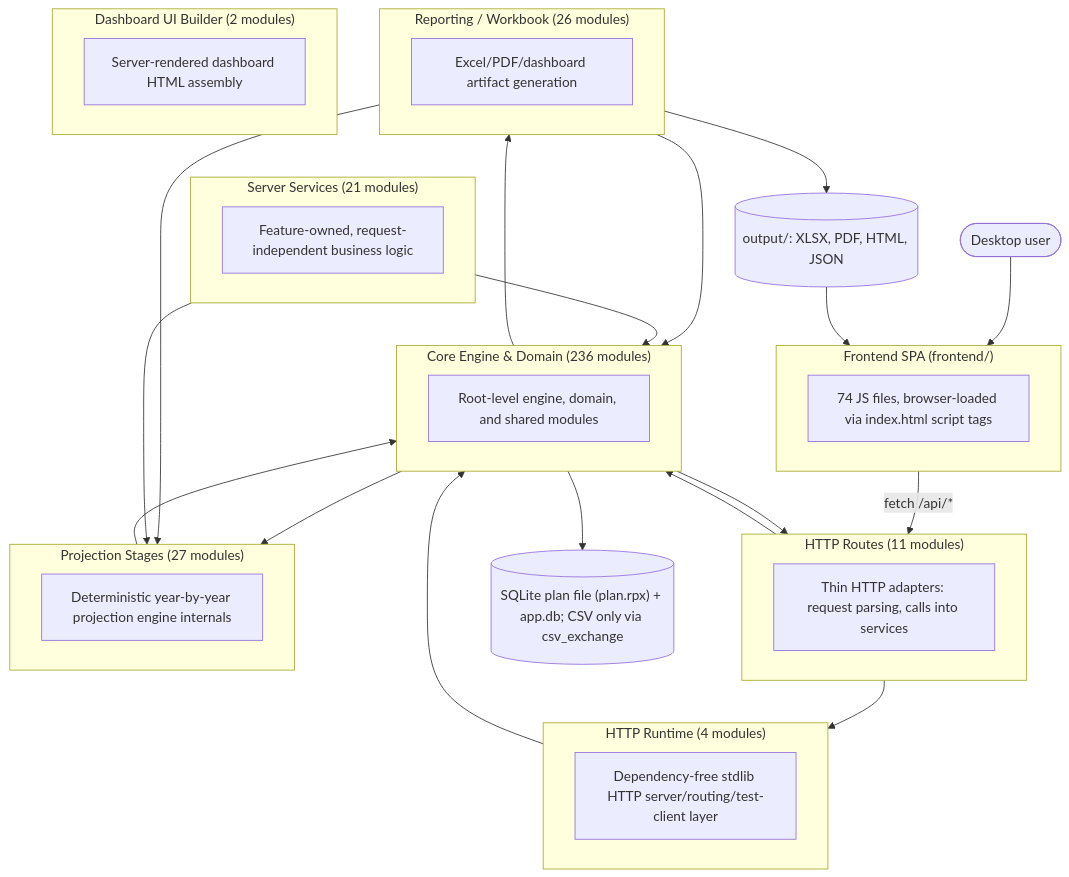
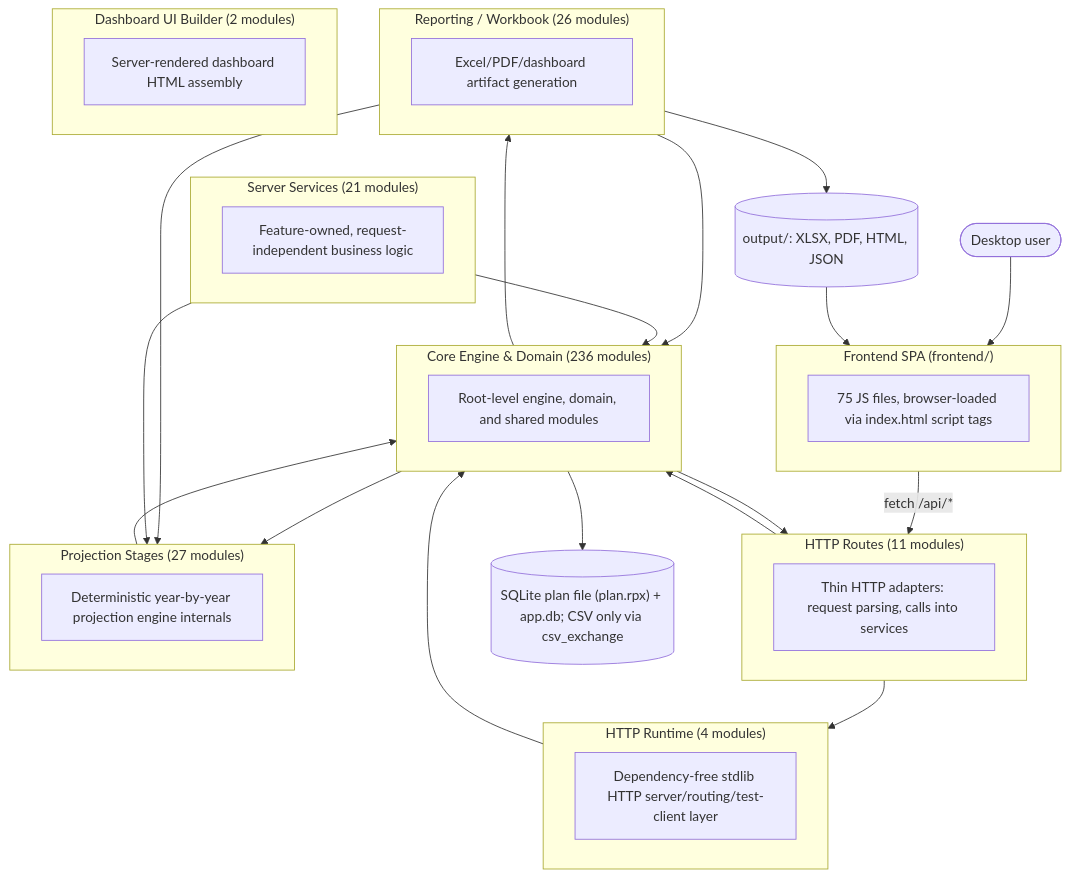
Before and after one commit to matthartzman/retirement_system: the first of 2 diagrams in documentation/reference/SYSTEM_ARCHITECTURE_DIAGRAM.md, drawn with Mermaid. The commit also changed other lines of this file and 6 other files, not shown here.

````diff
--- a/documentation/reference/SYSTEM_ARCHITECTURE_DIAGRAM.md
+++ b/documentation/reference/SYSTEM_ARCHITECTURE_DIAGRAM.md
@@ -11,43 +11,43 @@
 ```mermaid
 flowchart TB
     User(["Desktop user"]) --> FE
     subgraph FE["Frontend SPA (frontend/)"]
-        FEcount["74 JS files, browser-loaded via index.html script tags"]
+        FEcount["75 JS files, browser-loaded via index.html script tags"]
     end
     FE -->|fetch /api/*| L_HTTP_Routes
     subgraph L_HTTP_Routes["HTTP Routes (11 modules)"]
         L_HTTP_Routes_d["Thin HTTP adapters: request parsing, calls into services"]
     end
     subgraph L_Server_Services["Server Services (21 modules)"]
         L_Server_Services_d["Feature-owned, request-independent business logic"]
     end
     subgraph L_HTTP_Runtime["HTTP Runtime (4 modules)"]
         L_HTTP_Runtime_d["Dependency-free stdlib HTTP server/routing/test-client layer"]
     end
     subgraph L_Core_Engine___Domain["Core Engine & Domain (236 modules)"]
         L_Core_Engine___Domain_d["Root-level engine, domain, and shared modules"]
     end
     subgraph L_Projection_Stages["Projection Stages (27 modules)"]
         L_Projection_Stages_d["Deterministic year-by-year projection engine internals"]
     end
     subgraph L_Reporting___Workbook["Reporting / Workbook (26 modules)"]
         L_Reporting___Workbook_d["Excel/PDF/dashboard artifact generation"]
     end
     subgraph L_Dashboard_UI_Builder["Dashboard UI Builder (2 modules)"]
         L_Dashboard_UI_Builder_d["Server-rendered dashboard HTML assembly"]
     end
     L_Core_Engine___Domain --> L_HTTP_Routes
     L_Core_Engine___Domain --> L_Projection_Stages
     L_Core_Engine___Domain --> L_Reporting___Workbook
     L_HTTP_Routes --> L_Core_Engine___Domain
     L_HTTP_Routes --> L_HTTP_Runtime
     L_HTTP_Runtime --> L_Core_Engine___Domain
     L_Projection_Stages --> L_Core_Engine___Domain
     L_Reporting___Workbook --> L_Core_Engine___Domain
     L_Reporting___Workbook --> L_Projection_Stages
     L_Server_Services --> L_Core_Engine___Domain
     L_Server_Services --> L_Projection_Stages
     L_Core_Engine___Domain --> DB[("SQLite plan file (plan.rpx) + app.db; CSV only via csv_exchange")]
     L_Reporting___Workbook --> Outputs[("output/: XLSX, PDF, HTML, JSON")]
     Outputs --> FE
 ```
````
